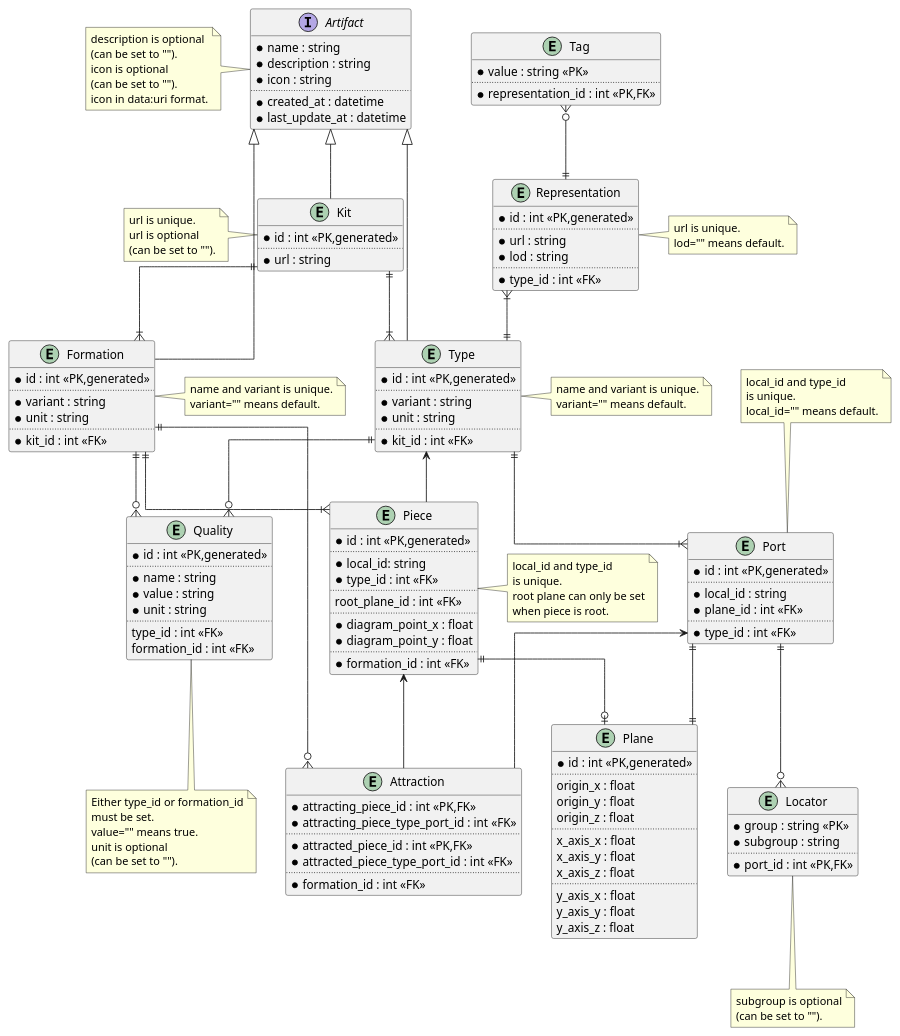
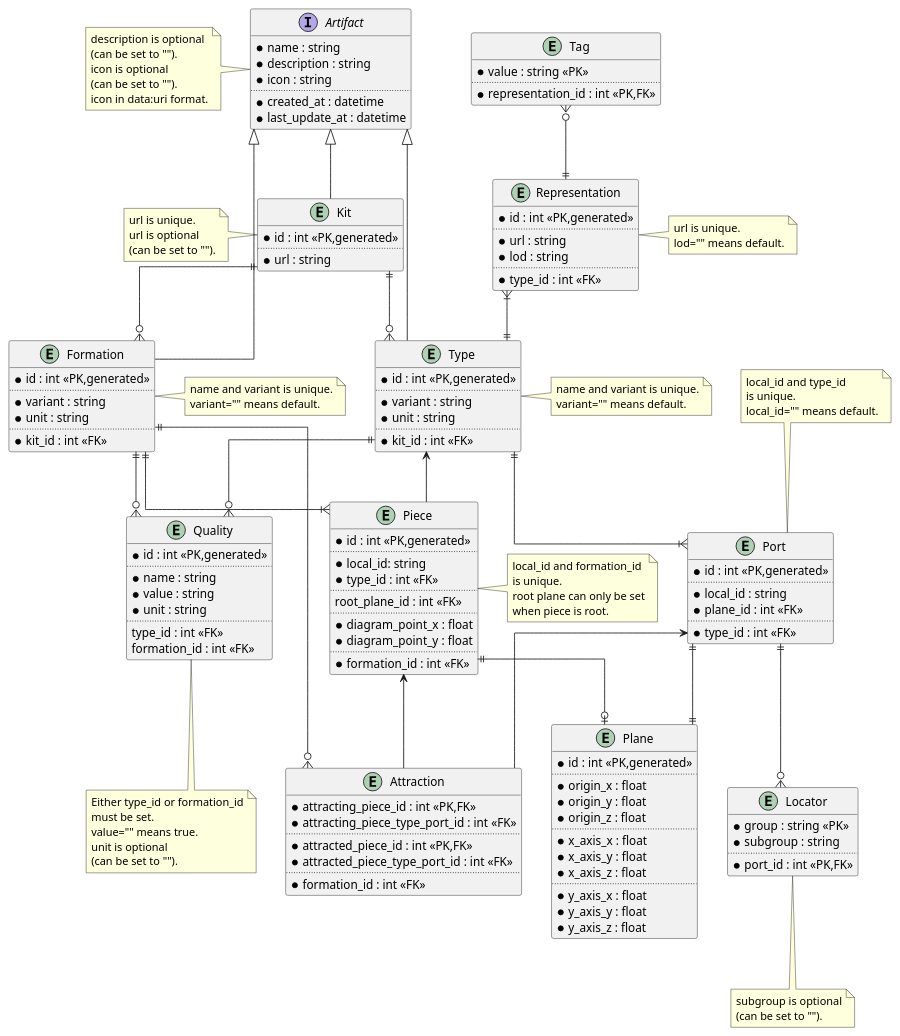
One commit to usalu/semio changed the diagram in docs/softwarequality/softwarearchitecture/dataarchitecture.pu. Above: the diagram before and after it, drawn with PlantUML. The commit also changed 26 other files, not shown here.

```diff
--- a/docs/softwarequality/softwarearchitecture/dataarchitecture.pu
+++ b/docs/softwarequality/softwarearchitecture/dataarchitecture.pu
@@ -1,186 +1,186 @@
 @startuml "data architecture"
 skinparam linetype ortho
 
 interface Artifact {
     *name : string
     *description : string
     *icon : string
     ..
     *created_at : datetime
     *last_update_at : datetime
 }
 note left of Artifact
     description is optional
     (can be set to "").
     icon is optional
     (can be set to "").
     icon in data:uri format.
 end note
 
 entity Kit {
     *id : int <<PK,generated>> 
     ..
     *url : string
 }
 note left of Kit
     url is unique.
     url is optional
     (can be set to "").
 end note
 
 entity Type {
     *id : int <<PK,generated>>
     ..
     *variant : string
     *unit : string
     ..
     *kit_id : int <<FK>>
 }
 note right of Type
     name and variant is unique.
     variant="" means default.
 end note
 
 entity Representation {
     *id : int <<PK,generated>>
     ..
     *url : string
     *lod : string
     ..
     *type_id : int <<FK>>
 }
 note right of Representation
     url is unique.
     lod="" means default.
 end note
 
 entity Tag {
     *value : string <<PK>>
     ..
     *representation_id : int <<PK,FK>>
 }
 
 entity Plane{
     *id : int <<PK,generated>>
     ..
-    origin_x : float
-    origin_y : float
-    origin_z : float
+    *origin_x : float
+    *origin_y : float
+    *origin_z : float
     ..
-    x_axis_x : float
-    x_axis_y : float
-    x_axis_z : float
+    *x_axis_x : float
+    *x_axis_y : float
+    *x_axis_z : float
     ..
-    y_axis_x : float
-    y_axis_y : float
-    y_axis_z : float
+    *y_axis_x : float
+    *y_axis_y : float
+    *y_axis_z : float
 }
 
 entity Port {
     *id : int <<PK,generated>>
     ..
     *local_id : string
     *plane_id : int <<FK>>
     ..
     *type_id : int <<FK>>
 }
 note top of Port
     local_id and type_id
     is unique.
     local_id="" means default.
 end note
 
 entity Quality {
     *id : int <<PK,generated>>
     ..
     *name : string
     *value : string
     *unit : string
     ..
     type_id : int <<FK>>
     formation_id : int <<FK>>
 }
 note bottom of Quality
     Either type_id or formation_id
     must be set.
     value="" means true.
     unit is optional
     (can be set to "").
 end note
 
 
 entity Locator {
     *group : string <<PK>>
     *subgroup : string
     ..
     *port_id : int <<PK,FK>>
 }
 note bottom of Locator
     subgroup is optional
     (can be set to "").
 end note
 
 entity Piece{
     *id : int <<PK,generated>>
     ..
     *local_id: string
     *type_id : int <<FK>>
     ..
     root_plane_id : int <<FK>>
     ..
     *diagram_point_x : float
     *diagram_point_y : float
     ..
     *formation_id : int <<FK>>
 }
 note right of Piece
-    local_id and type_id
+    local_id and formation_id
     is unique.
     root plane can only be set
     when piece is root.
 end note
 
 entity Attraction {
     *attracting_piece_id : int <<PK,FK>>
     *attracting_piece_type_port_id : int <<FK>>
     ..
     *attracted_piece_id : int <<PK,FK>>
     *attracted_piece_type_port_id : int <<FK>>
     ..
     *formation_id : int <<FK>>
 }
 
 entity Formation {
     *id : int <<PK,generated>>
     ..
     *variant : string
     *unit : string
     ..
     *kit_id : int <<FK>>
 }
 note right of Formation
     name and variant is unique.
     variant="" means default.
 end note
 
-Kit ||--|{ Formation
-Kit ||--|{ Type 
+Kit ||--o{ Formation
+Kit ||--o{ Type 
 Tag }o--|| Representation
 Representation }|--|| Type
 Type ||--|{ Port
 Type ||--o{ Quality
 Formation ||--|{ Piece
 Formation ||--o{ Attraction
 Formation ||--o{ Quality
 Port ||--|| Plane
 Port ||--o{  Locator
 Piece ||--o| Plane
 Type <-- Piece
 Piece <-- Attraction
 Port <-- Attraction
 
 Artifact <|-- Kit
 Artifact <|-- Formation
 Artifact <|-- Type
 
 @enduml
```
